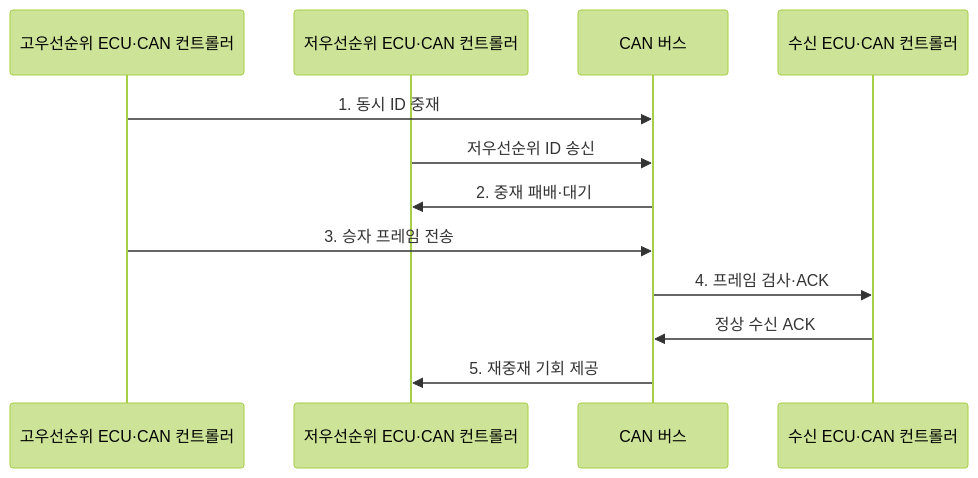
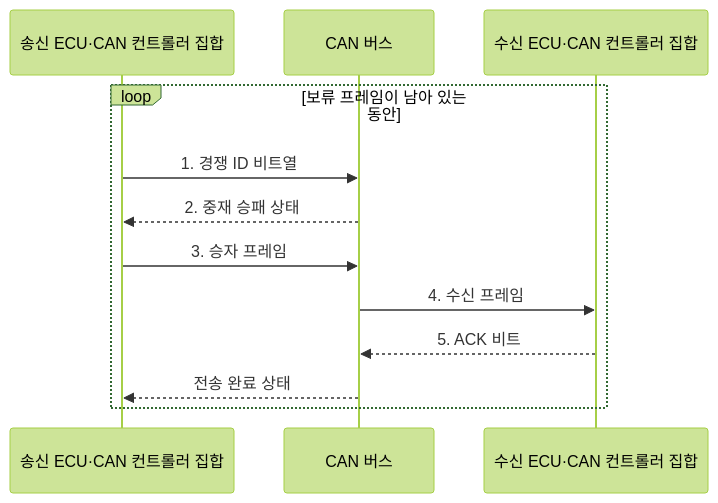
Before and after one commit to agnusdei1207/knowledge-base: the second of 2 diagrams in src/content/docs/notes/02-hardware/066_can_bus.md, drawn with Mermaid (forest theme). The commit also changed other lines of this file and 20 other files, not shown here.

````diff
--- a/src/content/docs/notes/02-hardware/066_can_bus.md
+++ b/src/content/docs/notes/02-hardware/066_can_bus.md
@@ -85,15 +91,15 @@
 ```mermaid
 sequenceDiagram
-    participant A as 고우선순위 ECU·CAN 컨트롤러
-    participant B as 저우선순위 ECU·CAN 컨트롤러
+    participant S as 송신 ECU·CAN 컨트롤러 집합
     participant W as CAN 버스
-    participant R as 수신 ECU·CAN 컨트롤러
+    participant R as 수신 ECU·CAN 컨트롤러 집합
 
-    A->>W: 1. 동시 ID 중재
-    B->>W: 저우선순위 ID 송신
-    W->>B: 2. 중재 패배·대기
-    A->>W: 3. 승자 프레임 전송
-    W->>R: 4. 프레임 검사·ACK
-    R->>W: 정상 수신 ACK
-    W->>B: 5. 재중재 기회 제공
+    loop 보류 프레임이 남아 있는 동안
+        S->>W: 1. 경쟁 ID 비트열
+        W-->>S: 2. 중재 승패 상태
+        S->>W: 3. 승자 프레임
+        W->>R: 4. 수신 프레임
+        R-->>W: 5. ACK 비트
+        W-->>S: 전송 완료 상태
+    end
 ```
````
